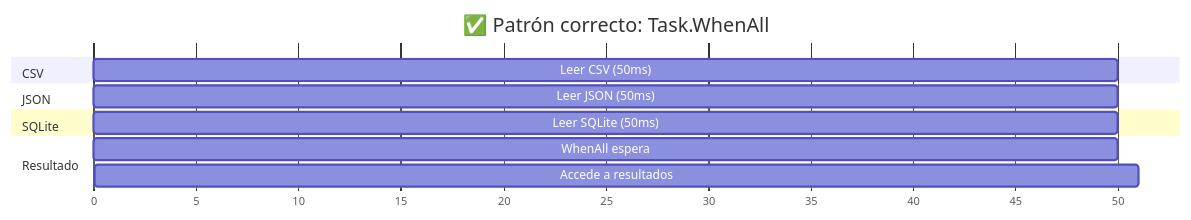
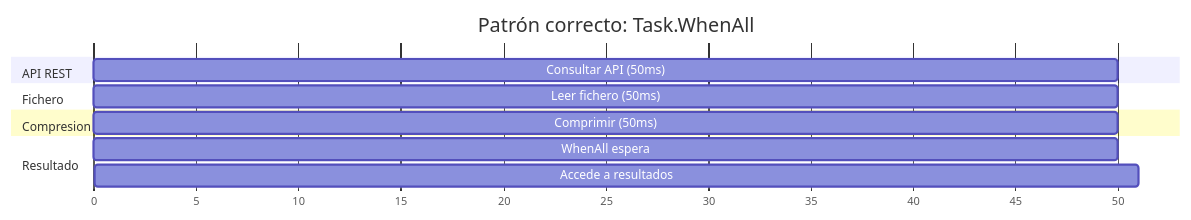
Before and after one commit to joseluisgs/DesarrolloWebEntornosServidor-01-2026-2027: the tenth of 19 diagrams in 16-concurrencia-asincronia.md, drawn with Mermaid. The commit also changed other lines of this file, not shown here.

````diff
--- a/16-concurrencia-asincronia.md
+++ b/16-concurrencia-asincronia.md
@@ -399,16 +399,16 @@
 ```mermaid
 gantt
-    title ✅ Patrón correcto: Task.WhenAll
+    title Patrón correcto: Task.WhenAll
     dateFormat X
     axisFormat %s
     
-    section CSV
-    Leer CSV (50ms)     :0, 50
-    section JSON
-    Leer JSON (50ms)    :0, 50
-    section SQLite
-    Leer SQLite (50ms)  :0, 50
+    section API REST
+    Consultar API (50ms)     :0, 50
+    section Fichero
+    Leer fichero (50ms)      :0, 50
+    section Compresion
+    Comprimir (50ms)         :0, 50
     section Resultado
-    WhenAll espera      :0, 50
-    Accede a resultados :50, 51
+    WhenAll espera           :0, 50
+    Accede a resultados      :50, 51
 ```
````
